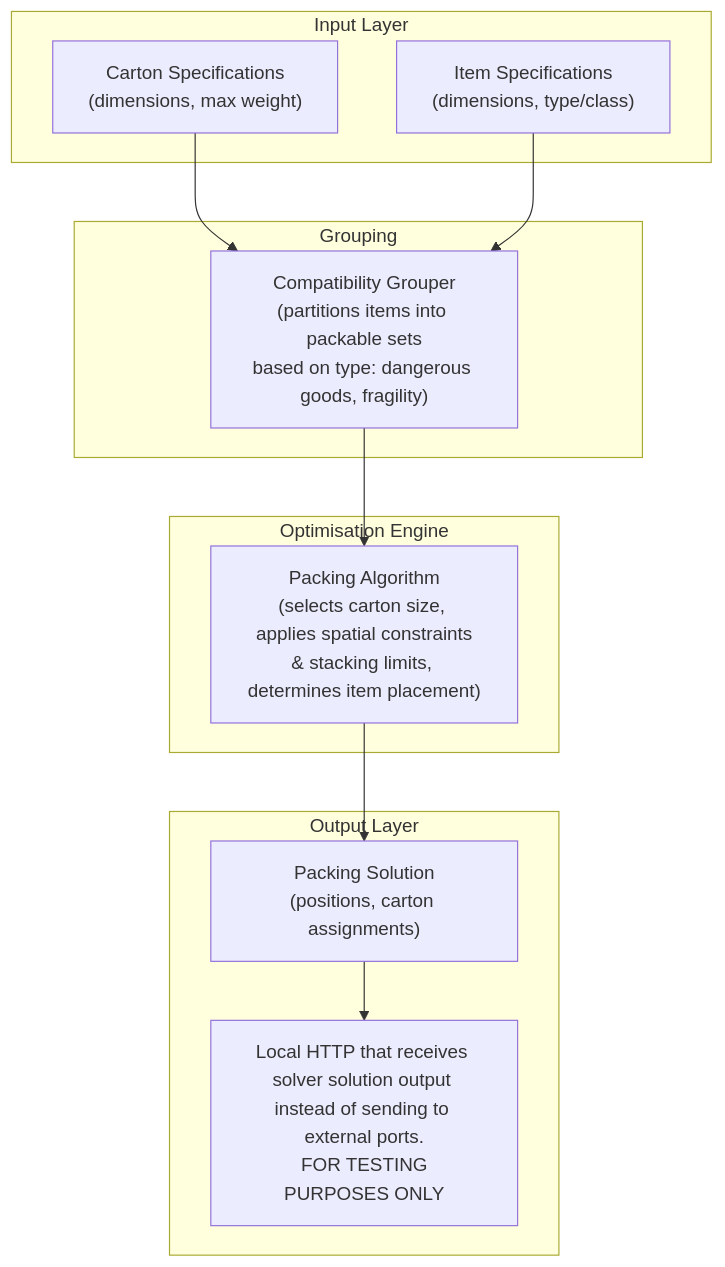
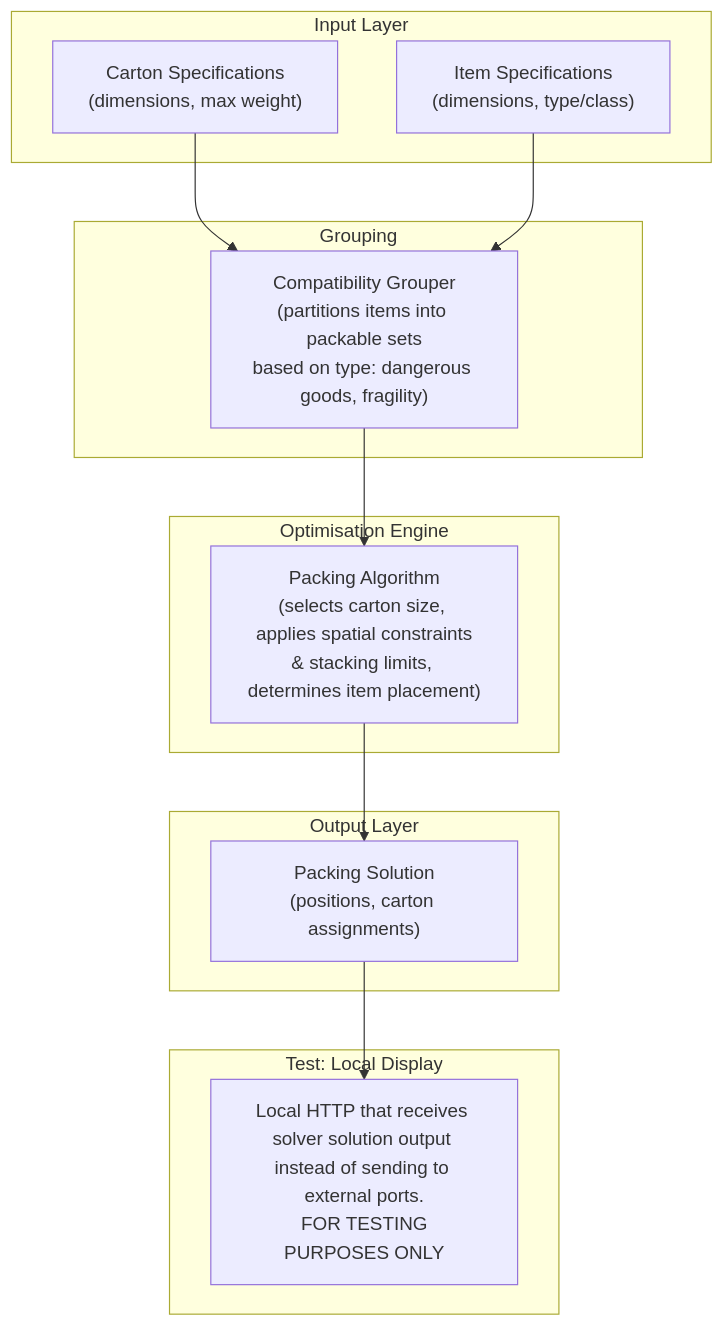
The diagram in solver/docs/solver_architecture_local.md (LTSmq/comp4050-epic-team), drawn with Mermaid before and after one commit. The commit also changed other lines of this file, not shown here.

Commit message:
update: Solver Architecture Local

````diff
--- a/solver/docs/solver_architecture_local.md
+++ b/solver/docs/solver_architecture_local.md
@@ -1,29 +14,29 @@
 ```mermaid
 graph TD
     subgraph INPUT["Input Layer"]
         A["Carton Specifications\n(dimensions, max weight)"]
         B["Item Specifications\n(dimensions, type/class)"]
     end
 
     subgraph GROUPING["Grouping"]
         C["Compatibility Grouper\n(partitions items into packable sets\nbased on type: dangerous goods, fragility)"]
     end
 
     subgraph PACKING["Optimisation Engine"]
         D["Packing Algorithm\n(selects carton size, applies spatial constraints\n& stacking limits, determines item placement)"]
     end
 
     subgraph OUTPUT["Output Layer"]
         E["Packing Solution\n(positions, carton assignments)"]
     end
     
-    subgraph OUTPUT["Test: Local Display"]
+    subgraph TESTING["Test: Local Display"]
         F["Local HTTP that receives solver solution output instead of sending to external ports.\n FOR TESTING PURPOSES ONLY"]
     end
 
     A --> C
     B --> C
     C --> D
     D --> E
     E --> F
 ```
````
